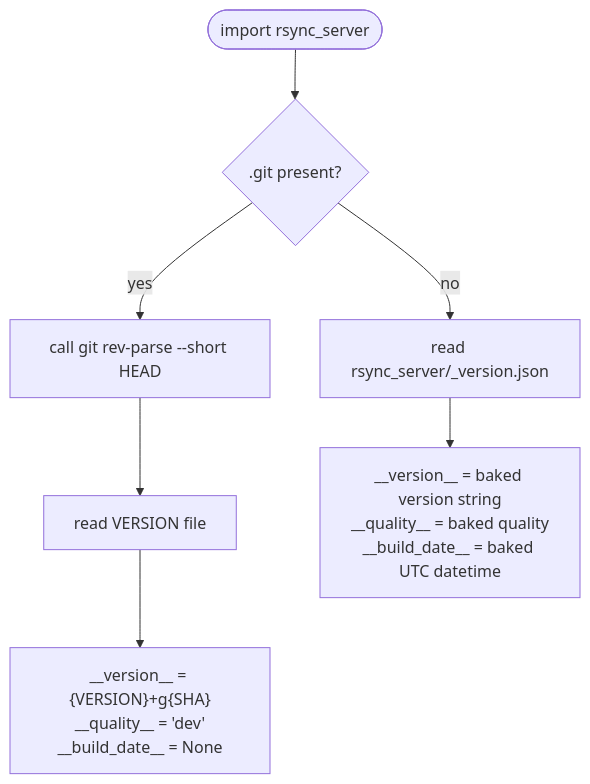
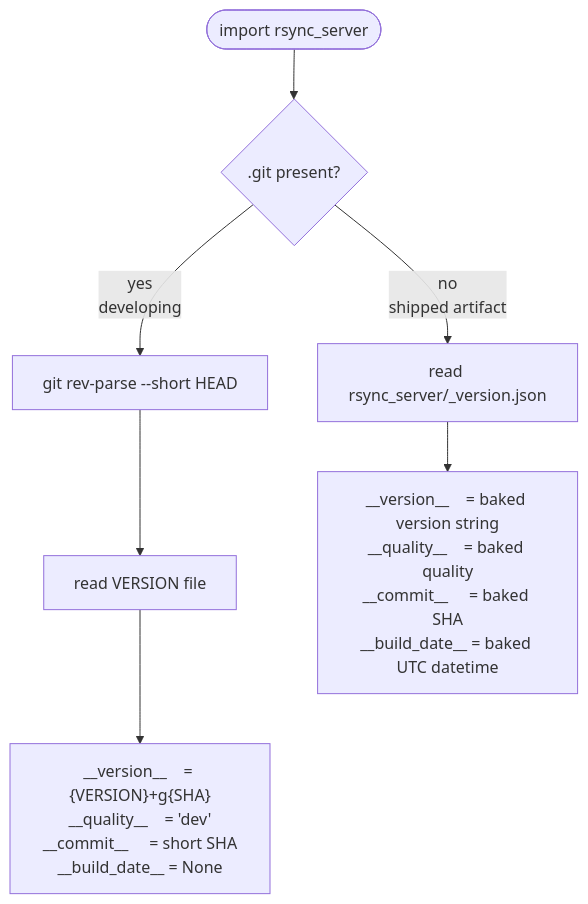
One commit to basvandriel/rsync-server changed the second of 3 diagrams in VERSIONING.md. Above: the diagram before and after it, drawn with Mermaid. The commit also changed other lines of this file and 3 other files, not shown here.

````diff
--- a/VERSIONING.md
+++ b/VERSIONING.md
@@ -56,11 +83,11 @@
 ```mermaid
 flowchart TD
     A([import rsync_server]) --> B{.git present?}
 
-    B -- yes --> C[call git rev-parse --short HEAD]
+    B -- yes\ndeveloping --> C[git rev-parse --short HEAD]
     C --> D[read VERSION file]
-    D --> E["__version__ = {VERSION}+g{SHA}\n__quality__ = 'dev'\n__build_date__ = None"]
+    D --> E["__version__    = {VERSION}+g{SHA}\n__quality__    = 'dev'\n__commit__     = short SHA\n__build_date__ = None"]
 
-    B -- no --> F[read rsync_server/_version.json]
-    F --> G["__version__ = baked version string\n__quality__ = baked quality\n__build_date__ = baked UTC datetime"]
+    B -- no\nshipped artifact --> F[read rsync_server/_version.json]
+    F --> G["__version__    = baked version string\n__quality__    = baked quality\n__commit__     = baked SHA\n__build_date__ = baked UTC datetime"]
 ```
````
